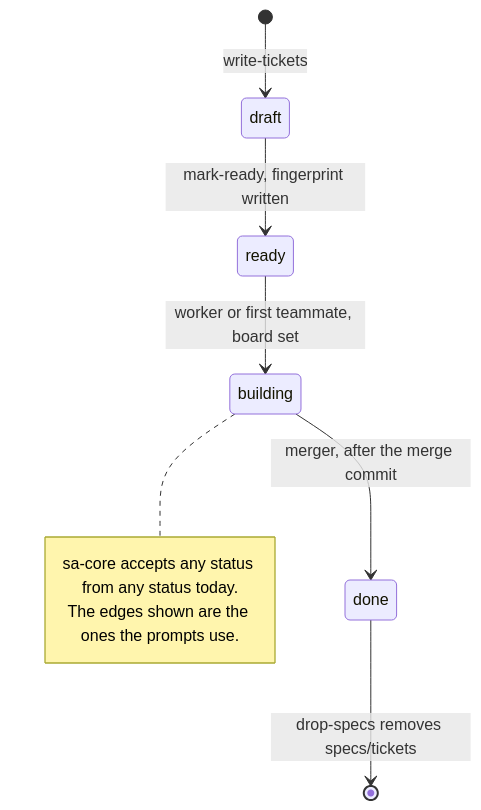
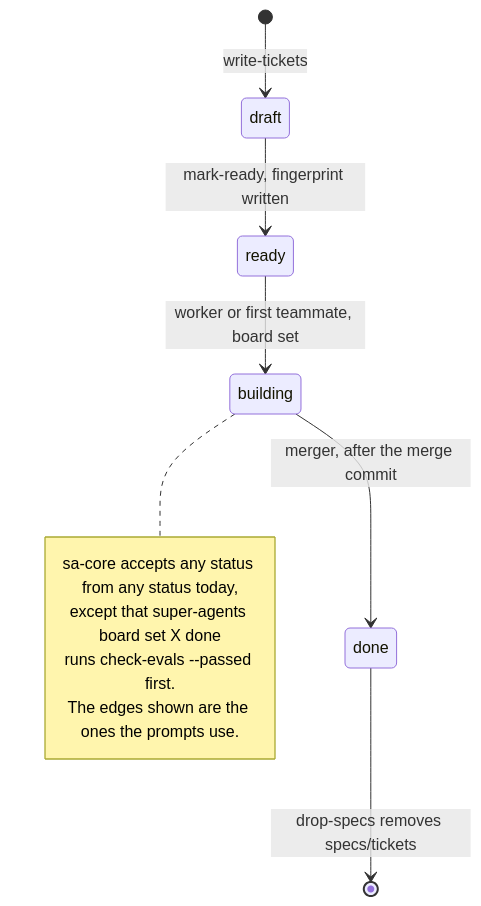
The fourth of 4 diagrams in docs/ARCHITECTURE.md (Orneyfish/super-agents), drawn with Mermaid before and after one commit. The commit also changed other lines of this file and 1 other file, not shown here.

First line of the commit message:
docs: ARCHITECTURE and the issue register describe the fixed behaviour

````diff
--- a/docs/ARCHITECTURE.md
+++ b/docs/ARCHITECTURE.md
@@ -466,12 +479,14 @@
 ```mermaid
 stateDiagram-v2
   [*] --> draft: write-tickets
   draft --> ready: mark-ready, fingerprint written
   ready --> building: worker or first teammate, board set
   building --> done: merger, after the merge commit
   done --> [*]: drop-specs removes specs/tickets
   note right of building
-    sa-core accepts any status from any status today.
+    sa-core accepts any status from any status today,
+    except that super-agents board set X done
+    runs check-evals --passed first.
     The edges shown are the ones the prompts use.
   end note
 ```
````
